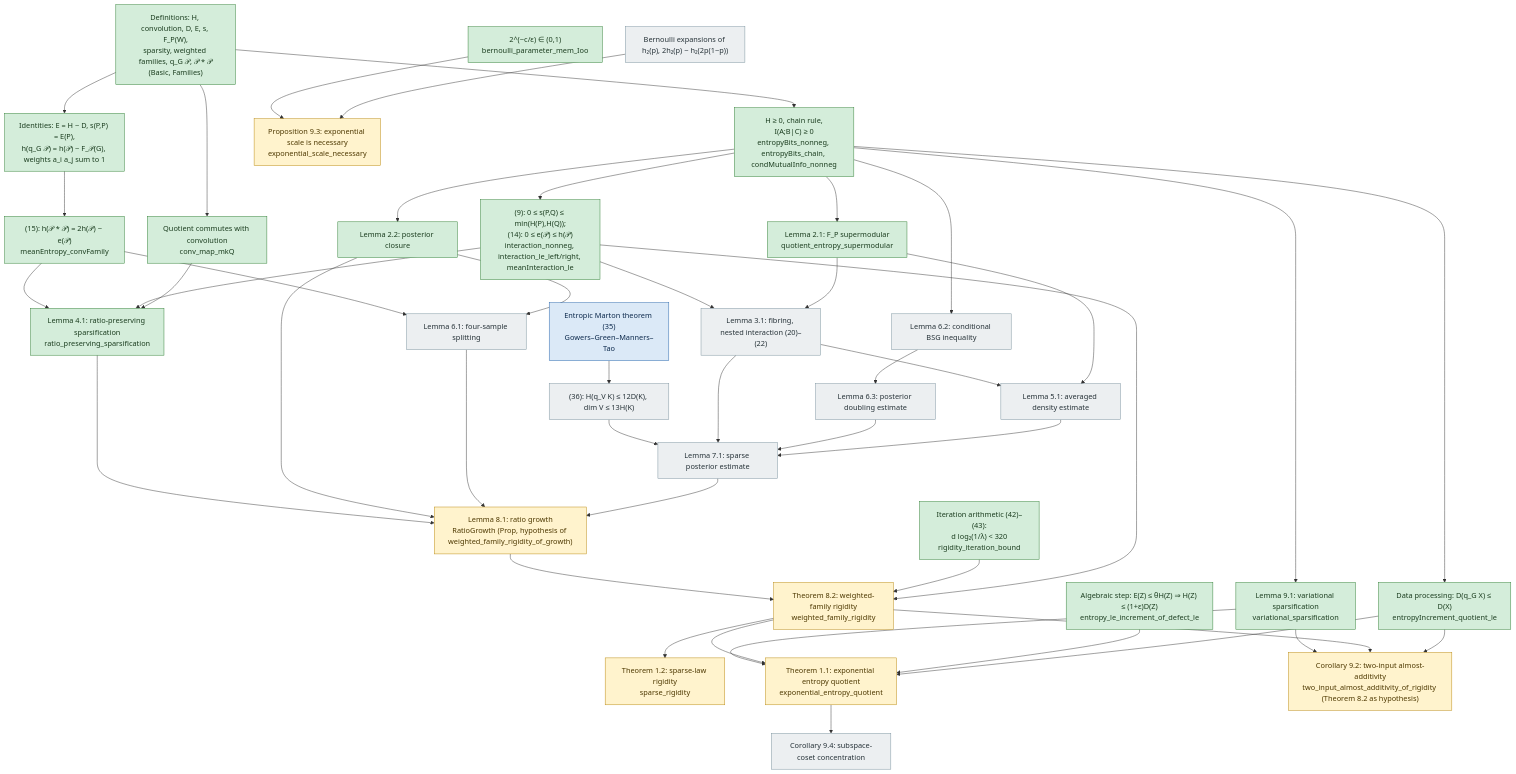
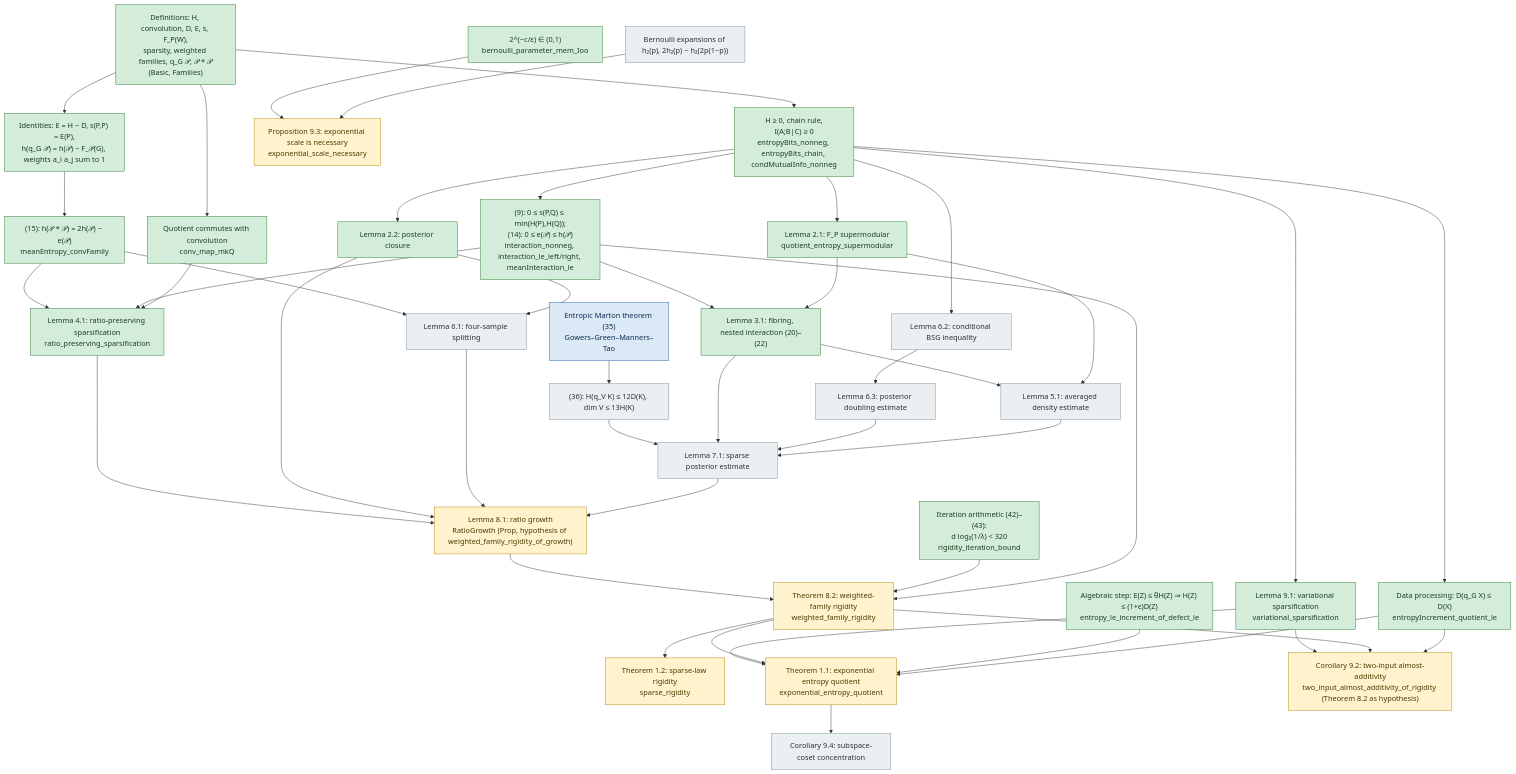
One commit to JosiahPark/entropy-quotients-lean changed the diagram in docs/DEPENDENCIES.md. Above: the diagram before and after it, drawn with Mermaid.

Commit message:
formalize: D4 mark L31 (Lemma 3.1) proved in dependency chart

```diff
--- a/docs/DEPENDENCIES.md
+++ b/docs/DEPENDENCIES.md
@@ -34,7 +34,7 @@
   L22["Lemma 2.2: posterior closure"]:::proved
 
   %% Sections 3-7
-  L31["Lemma 3.1: fibring, nested interaction (20)–(22)"]:::missing
+  L31["Lemma 3.1: fibring, nested interaction (20)–(22)"]:::proved
   L41["Lemma 4.1: ratio-preserving sparsification<br/>ratio_preserving_sparsification"]:::proved
   L51["Lemma 5.1: averaged density estimate"]:::missing
   L61["Lemma 6.1: four-sample splitting"]:::missing
```
